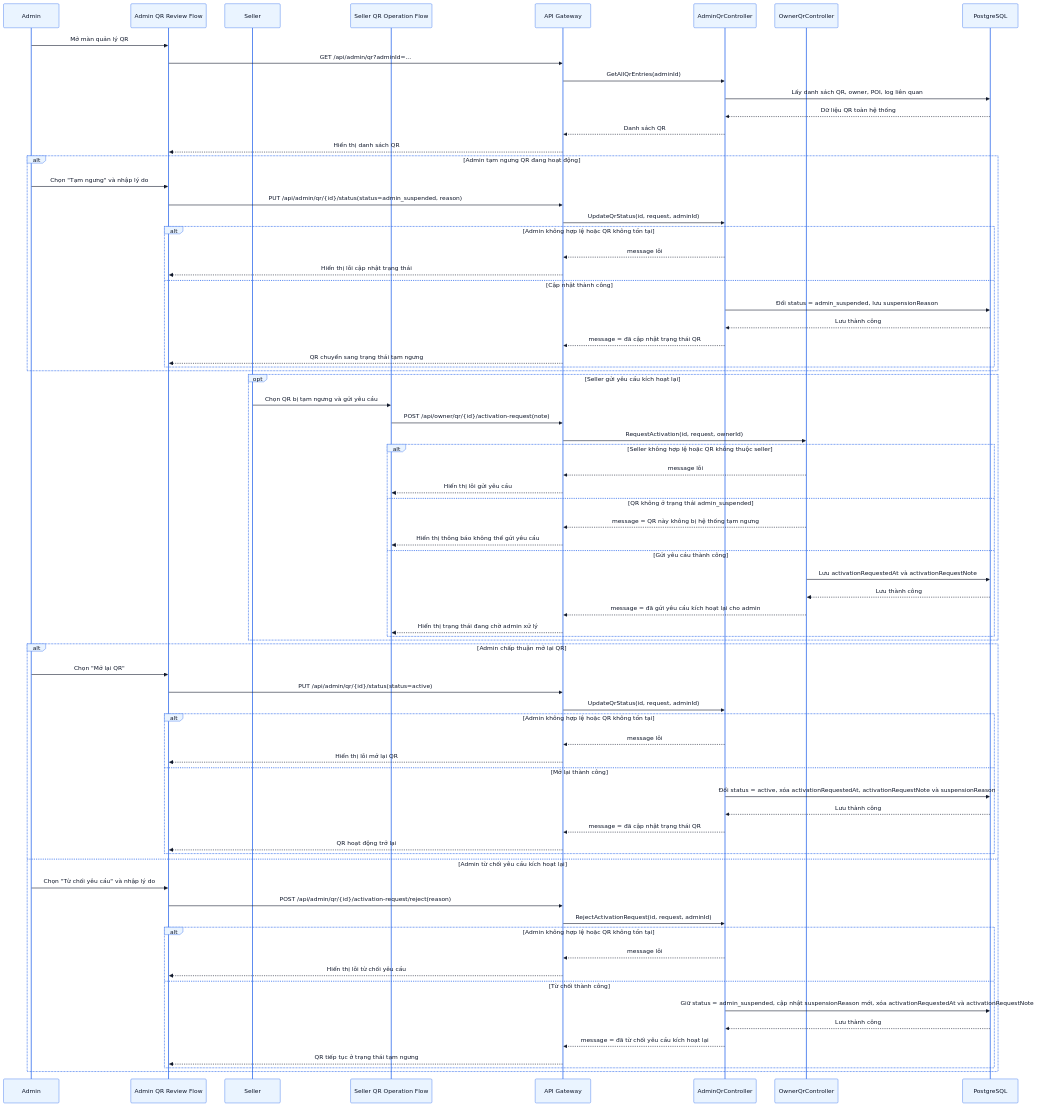
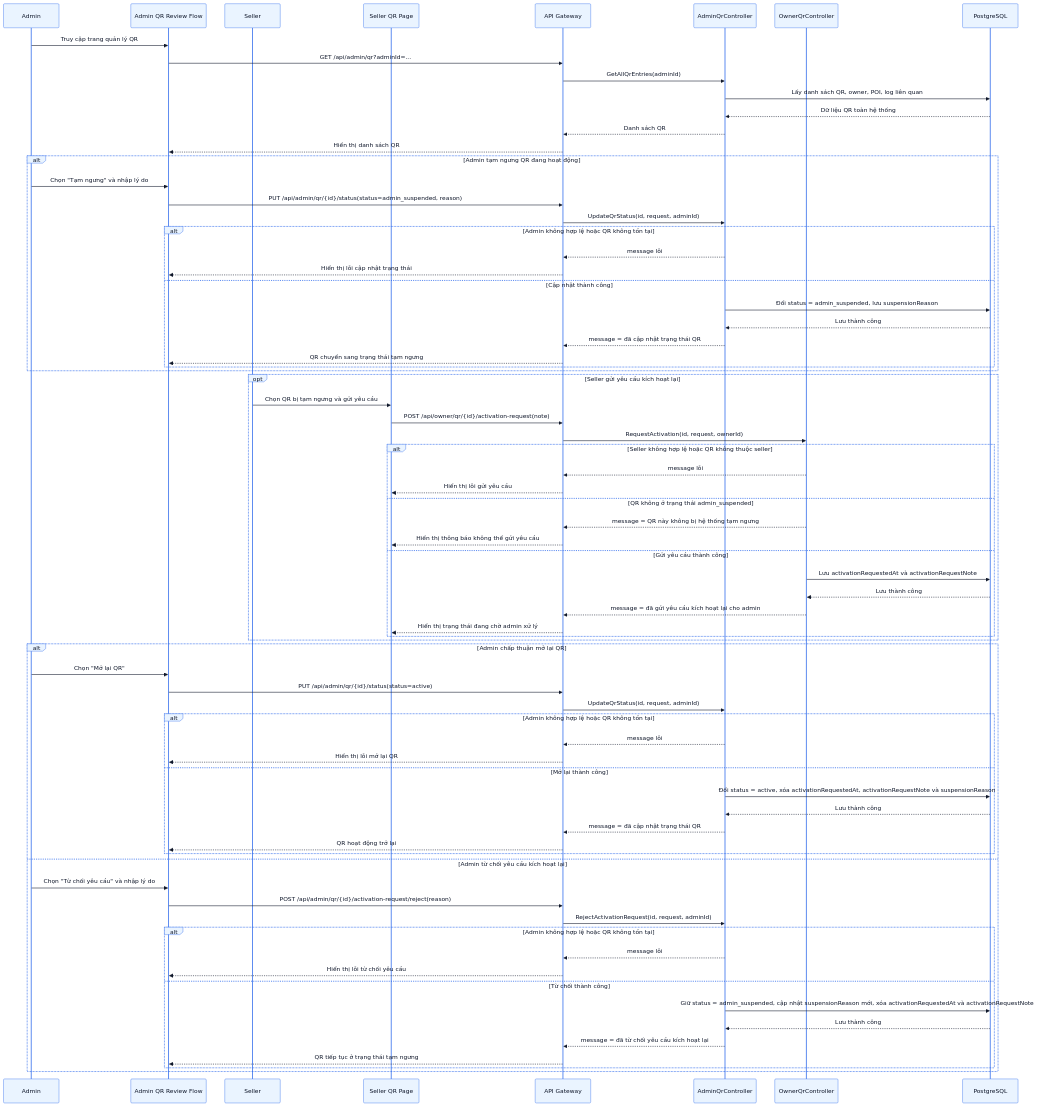
Before and after one commit to thaiquanghieu/smart-guide-system: diagram 18 of 36 in docs/PRD.md, drawn with Mermaid. The commit also changed other lines of this file and 18 other files, not shown here.

Commit message:
docs: update PRD and diagrams

```diff
--- a/docs/PRD.md
+++ b/docs/PRD.md
@@ -1932,13 +2050,13 @@
     participant Admin as Admin
     participant AdminQrPage as Admin QR Review Flow
     participant Seller as Seller
-    participant SellerQrPage as Seller QR Operation Flow
+    participant SellerQrPage as Seller QR Page
     participant API as API Gateway
     participant AdminQrCtl as AdminQrController
     participant OwnerQrCtl as OwnerQrController
     participant DB as PostgreSQL
 
-    Admin ->> AdminQrPage: Mở màn quản lý QR
+    Admin ->> AdminQrPage: Truy cập trang quản lý QR
     AdminQrPage ->> API: GET /api/admin/qr?adminId=...
     API ->> AdminQrCtl: GetAllQrEntries(adminId)
     AdminQrCtl ->> DB: Lấy danh sách QR, owner, POI, log liên quan
```
